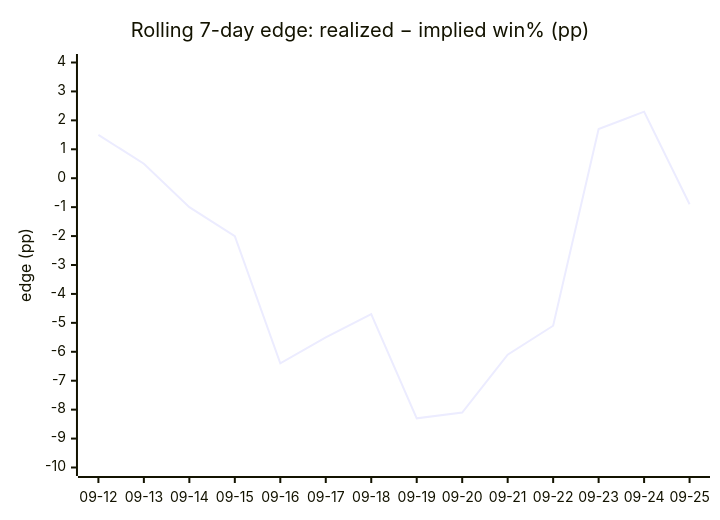
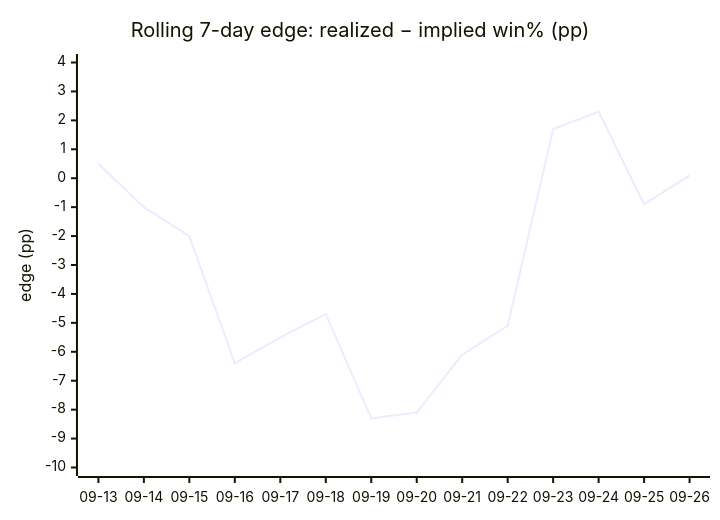
The fourth of 4 diagrams in DAILY_AGSU_REPORT.md (dpk1212/nhl-savant), drawn with Mermaid before and after one commit. The commit also changed other lines of this file, not shown here.

````diff
--- a/DAILY_AGSU_REPORT.md
+++ b/DAILY_AGSU_REPORT.md
@@ -871,7 +876,7 @@
 ```mermaid
 xychart-beta
     title "Rolling 7-day edge: realized − implied win% (pp)"
-    x-axis ["09-12", "09-13", "09-14", "09-15", "09-16", "09-17", "09-18", "09-19", "09-20", "09-21", "09-22", "09-23", "09-24", "09-25"]
+    x-axis ["09-13", "09-14", "09-15", "09-16", "09-17", "09-18", "09-19", "09-20", "09-21", "09-22", "09-23", "09-24", "09-25", "09-26"]
     y-axis "edge (pp)" -10 --> 4
-    line [1.5, 0.5, -1, -2, -6.4, -5.5, -4.7, -8.3, -8.1, -6.1, -5.1, 1.7, 2.3, -0.9]
+    line [0.5, -1, -2, -6.4, -5.5, -4.7, -8.3, -8.1, -6.1, -5.1, 1.7, 2.3, -0.9, 0.1]
 ```
````
